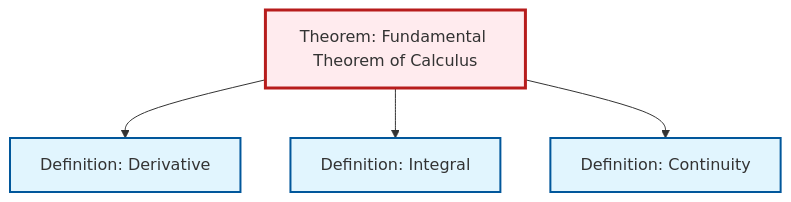
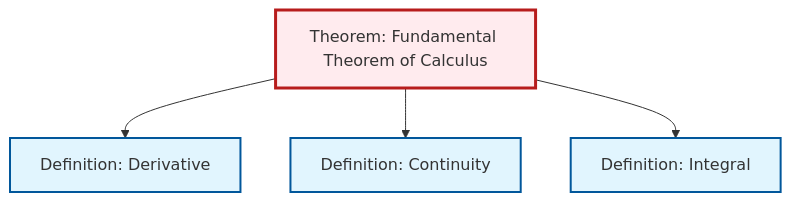
The diagram in content/en/analysis/thm-fundamental-calculus.qmd (RK0429/ModernMath), drawn with Mermaid before and after one commit. The commit also changed other lines of this file and 654 other files, not shown here.

````diff
--- a/content/en/analysis/thm-fundamental-calculus.qmd
+++ b/content/en/analysis/thm-fundamental-calculus.qmd
@@ -141,20 +141,20 @@
 ```{mermaid}
 %%| fig-cap: "Local dependency graph"
 graph TD
     classDef definition fill:#e1f5fe,stroke:#01579b,stroke-width:2px
     classDef theorem fill:#f3e5f5,stroke:#4a148c,stroke-width:2px
     classDef axiom fill:#fff3e0,stroke:#e65100,stroke-width:2px
     classDef example fill:#e8f5e9,stroke:#1b5e20,stroke-width:2px
     classDef current fill:#ffebee,stroke:#b71c1c,stroke-width:3px
-    def-continuity["Definition: Continuity"]:::definition
-    def-derivative["Definition: Derivative"]:::definition
     thm-fundamental-calculus["Theorem: Fundamental Theorem of Calculus"]:::theorem
     def-integral["Definition: Integral"]:::definition
+    def-derivative["Definition: Derivative"]:::definition
+    def-continuity["Definition: Continuity"]:::definition
     thm-fundamental-calculus --> def-derivative
+    thm-fundamental-calculus --> def-continuity
     thm-fundamental-calculus --> def-integral
-    thm-fundamental-calculus --> def-continuity
     class thm-fundamental-calculus current
+    click def-integral "def-integral.html" "Go to Integral definition"
+    click def-derivative "def-derivative.html" "Go to Derivative definition"
     click def-continuity "def-continuity.html" "Go to Continuity definition"
-    click def-derivative "def-derivative.html" "Go to Derivative definition"
-    click def-integral "def-integral.html" "Go to Integral definition"
 ```
````
